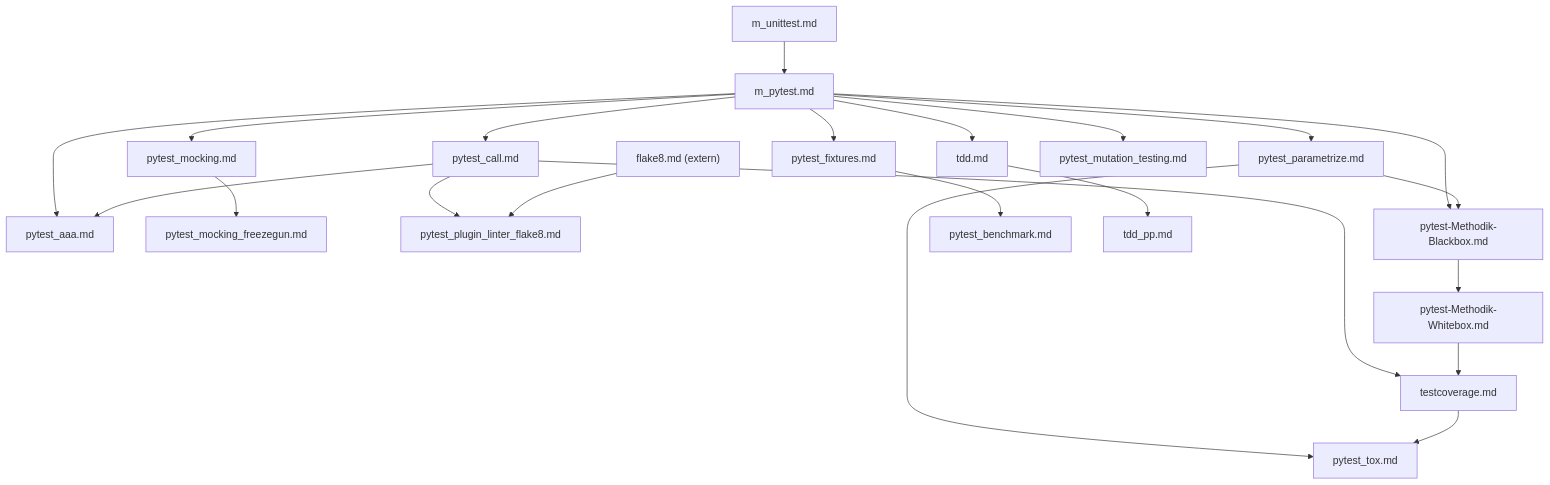
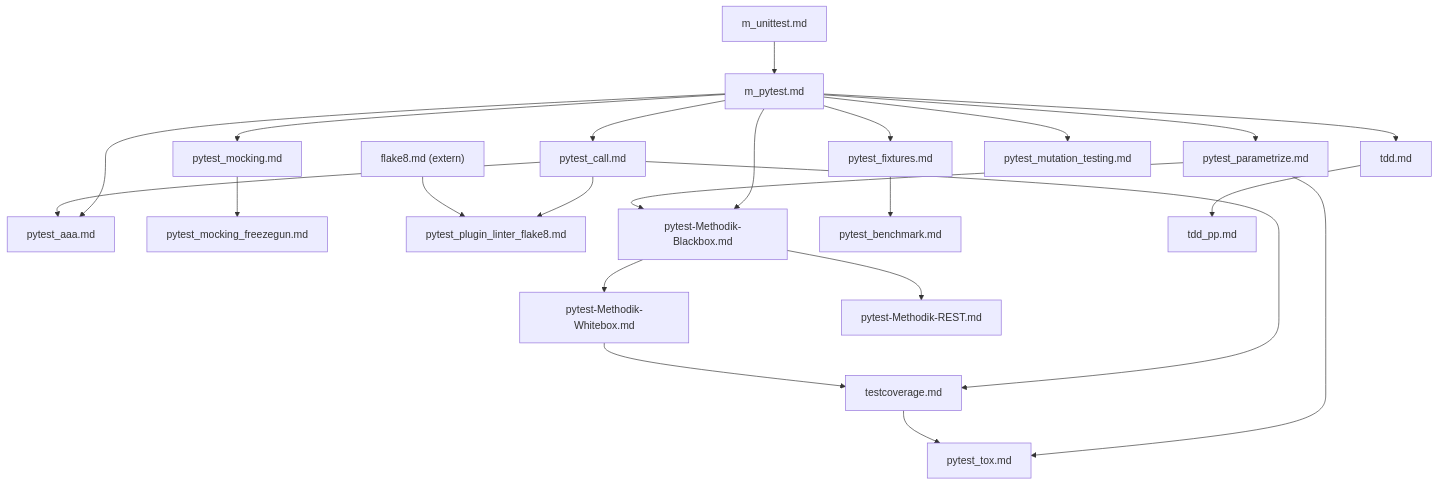
The diagram in ch/Testen/Unittests/index.md (fubinf/propra-inf), drawn with Mermaid before and after one commit. The commit also changed other lines of this file and 1 other file, not shown here.

Commit message:
pytest-Methodik-REST.md: #155: sketch of replacement for what Testen/API/CRUDApi should have been
Testen/Unittests/index.md: #155; add pytest-Methodik-REST.md

````diff
--- a/ch/Testen/Unittests/index.md
+++ b/ch/Testen/Unittests/index.md
@@ -19,43 +19,45 @@
 ```mermaid
 graph TD
     m_unittest["m_unittest.md"]
     m_pytest["m_pytest.md"]
     pytest_call["pytest_call.md"]
     pytest_parametrize["pytest_parametrize.md"]
     pytest_aaa["pytest_aaa.md"]
     pytest_fixtures["pytest_fixtures.md"]
     pytest_mocking["pytest_mocking.md"]
     pytest_mocking_freezegun["pytest_mocking_freezegun.md"]
     pytest_plugin_linter_flake8["pytest_plugin_linter_flake8.md"]
     tdd["tdd.md"]
     pytest_methodik_blackbox["pytest-Methodik-Blackbox.md"]
     pytest_methodik_whitebox["pytest-Methodik-Whitebox.md"]
+    pytest_methodik_rest["pytest-Methodik-REST.md"]
     flake8_ext["flake8.md (extern)"]
     testcoverage["testcoverage.md"]
     pytest_benchmark["pytest_benchmark.md"]
     pytest_tox["pytest_tox.md"]
     pytest_mutation_testing["pytest_mutation_testing.md"]
     tdd_pp["tdd_pp.md"]
 
     m_unittest --> m_pytest
     m_pytest --> pytest_call
     m_pytest --> pytest_parametrize
     m_pytest --> pytest_aaa
     m_pytest --> pytest_fixtures
     m_pytest --> pytest_mocking
     m_pytest --> tdd
     m_pytest --> pytest_methodik_blackbox
     m_pytest --> pytest_mutation_testing
     pytest_call --> pytest_aaa
     pytest_call --> pytest_plugin_linter_flake8
     pytest_call --> testcoverage
     pytest_parametrize --> pytest_methodik_blackbox
     pytest_parametrize --> pytest_tox
     pytest_methodik_blackbox --> pytest_methodik_whitebox
+    pytest_methodik_blackbox --> pytest_methodik_rest
     pytest_methodik_whitebox --> testcoverage
     pytest_mocking --> pytest_mocking_freezegun
     pytest_fixtures --> pytest_benchmark
     tdd --> tdd_pp
     testcoverage --> pytest_tox
     flake8_ext --> pytest_plugin_linter_flake8
 ```
````
